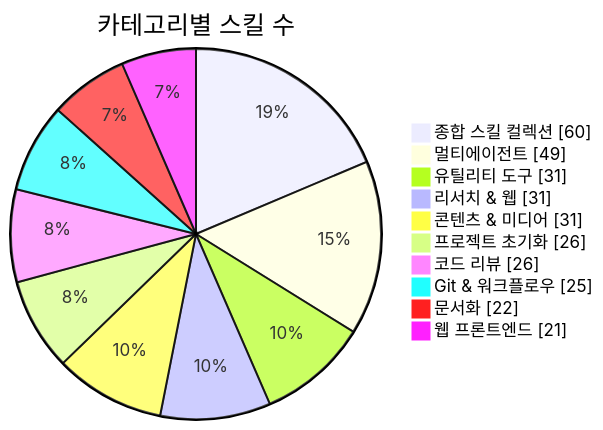
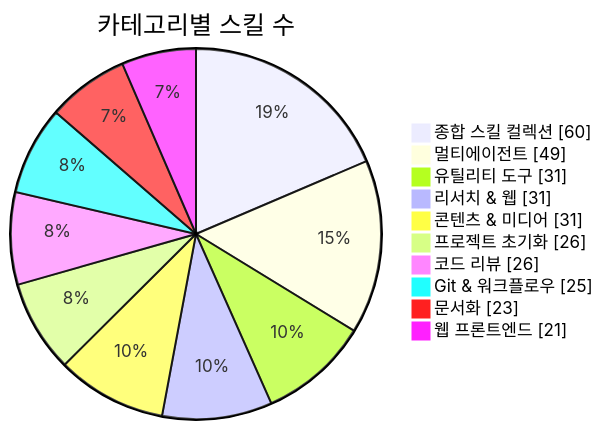
One commit to J-nowcow/awesome-korean-agent-skills changed the first of 3 diagrams in README.md. Above: the diagram before and after it, drawn with Mermaid. The commit also changed other lines of this file and 4 other files, not shown here.

````diff
--- a/README.md
+++ b/README.md
@@ -176,14 +176,14 @@
 ```mermaid
 pie showData
     title 카테고리별 스킬 수
     "종합 스킬 컬렉션" : 60
     "멀티에이전트" : 49
     "유틸리티 도구" : 31
     "리서치 & 웹" : 31
     "콘텐츠 & 미디어" : 31
     "프로젝트 초기화" : 26
     "코드 리뷰" : 26
     "Git & 워크플로우" : 25
-    "문서화" : 22
+    "문서화" : 23
     "웹 프론트엔드" : 21
 ```
````
